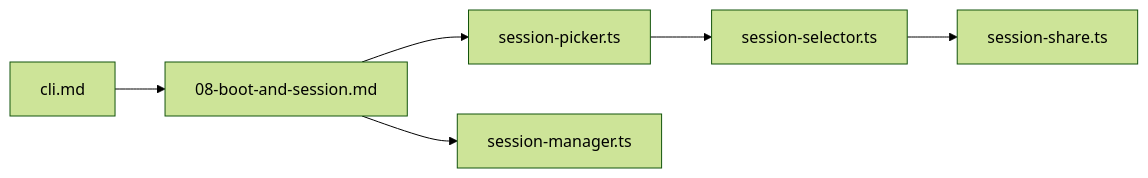
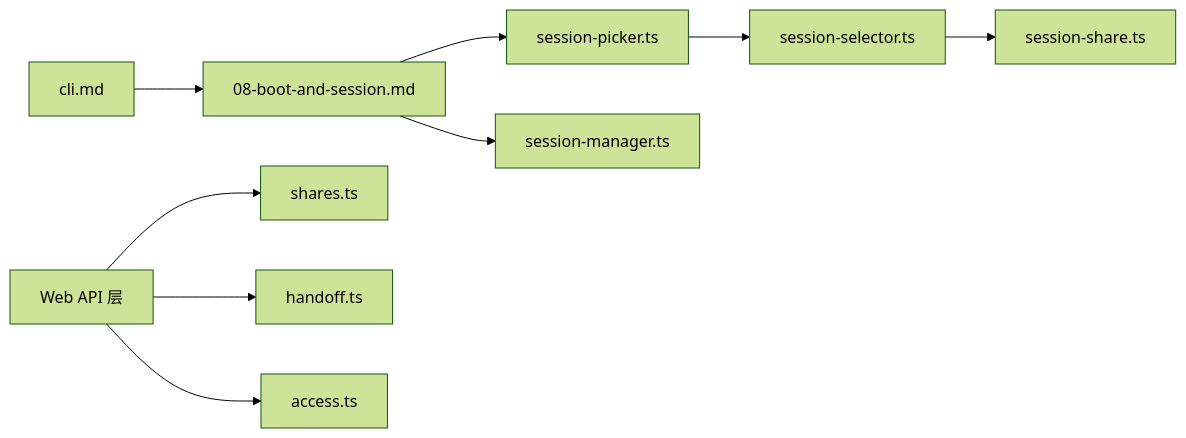
One commit to FDE-GROUP/oh-my-coding-agent changed diagram 12 of 12 in .qoder/repowiki/zh/content/CLI 工具参考/会话管理.md. Above: the diagram before and after it, drawn with Mermaid (forest theme). The commit also changed other lines of this file and 410 other files, not shown here.

````diff
--- a/.qoder/repowiki/zh/content/CLI 工具参考/会话管理.md
+++ b/.qoder/repowiki/zh/content/CLI 工具参考/会话管理.md
@@ -456,8 +629,11 @@
 ```mermaid
 graph LR
 CLI["cli.md"] --> Boot["08-boot-and-session.md"]
 Boot --> Picker["session-picker.ts"]
 Picker --> Selector["session-selector.ts"]
 Boot --> Manager["session-manager.ts"]
 Selector --> Share["session-share.ts"]
+WebAPI["Web API 层"] --> Shares["shares.ts"]
+WebAPI --> Handoff["handoff.ts"]
+WebAPI --> Access["access.ts"]
 ```
````
